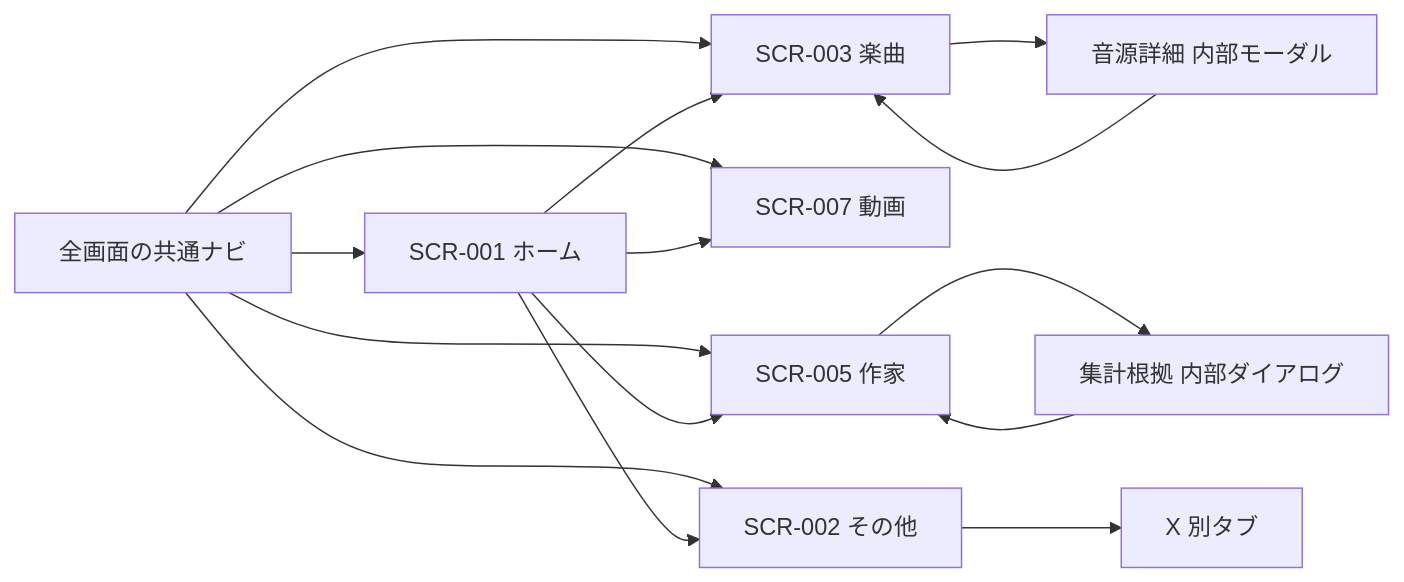
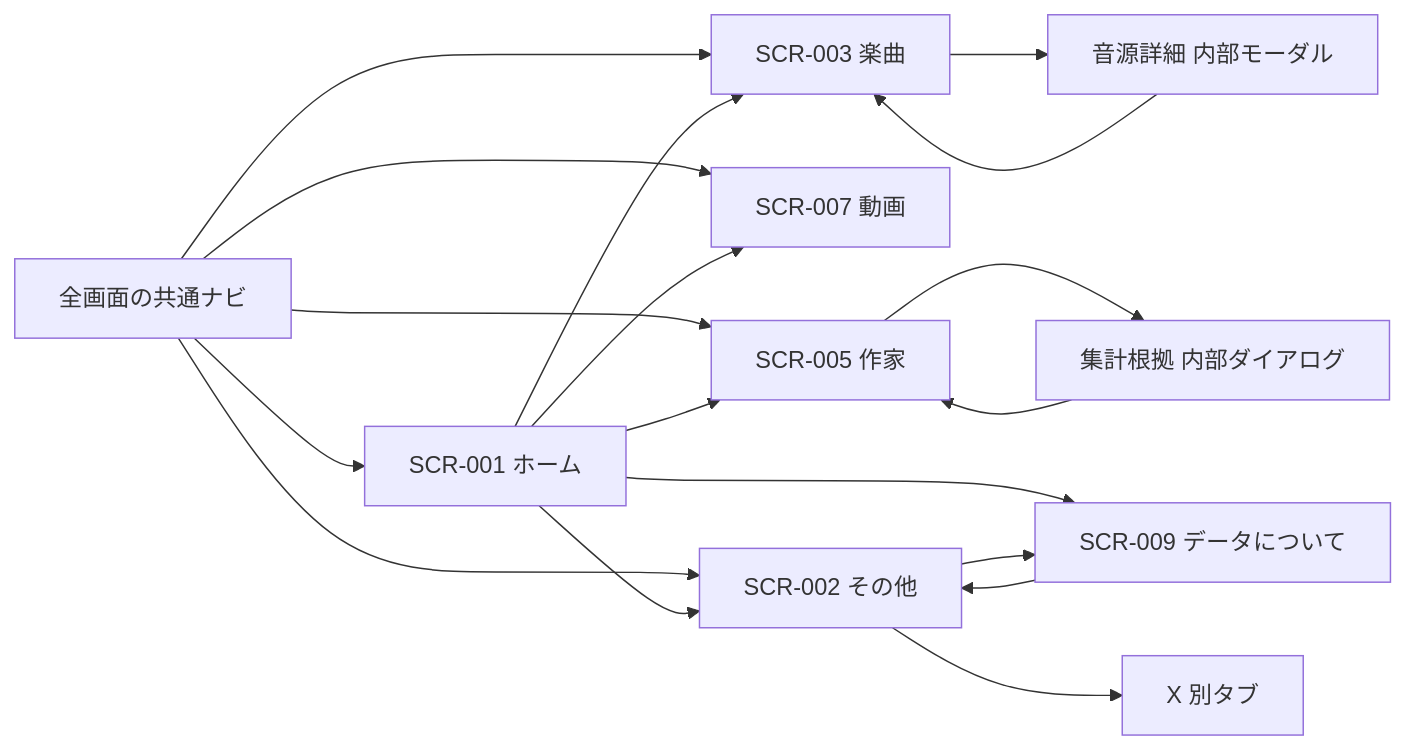
One commit to YutoSuga/helloproject-song-data changed the diagram in docs/design/screens/画面一覧.md. Above: the diagram before and after it, drawn with Mermaid. The commit also changed other lines of this file and 27 other files, not shown here.

````diff
--- a/docs/design/screens/画面一覧.md
+++ b/docs/design/screens/画面一覧.md
@@ -18,17 +19,20 @@
 ```mermaid
 flowchart LR
  N[全画面の共通ナビ] --> H[SCR-001 ホーム]
  N --> S[SCR-003 楽曲]
  N --> V[SCR-007 動画]
  N --> C[SCR-005 作家]
  N --> M[SCR-002 その他]
  H --> S
  H --> C
  H --> V
  H --> M
+ H --> A[SCR-009 データについて]
+ M --> A
+ A --> M
  M --> X[X 別タブ]
  S --> SD[音源詳細 内部モーダル]
  SD --> S
  C --> D[集計根拠 内部ダイアログ]
  D --> C
 ```
````
